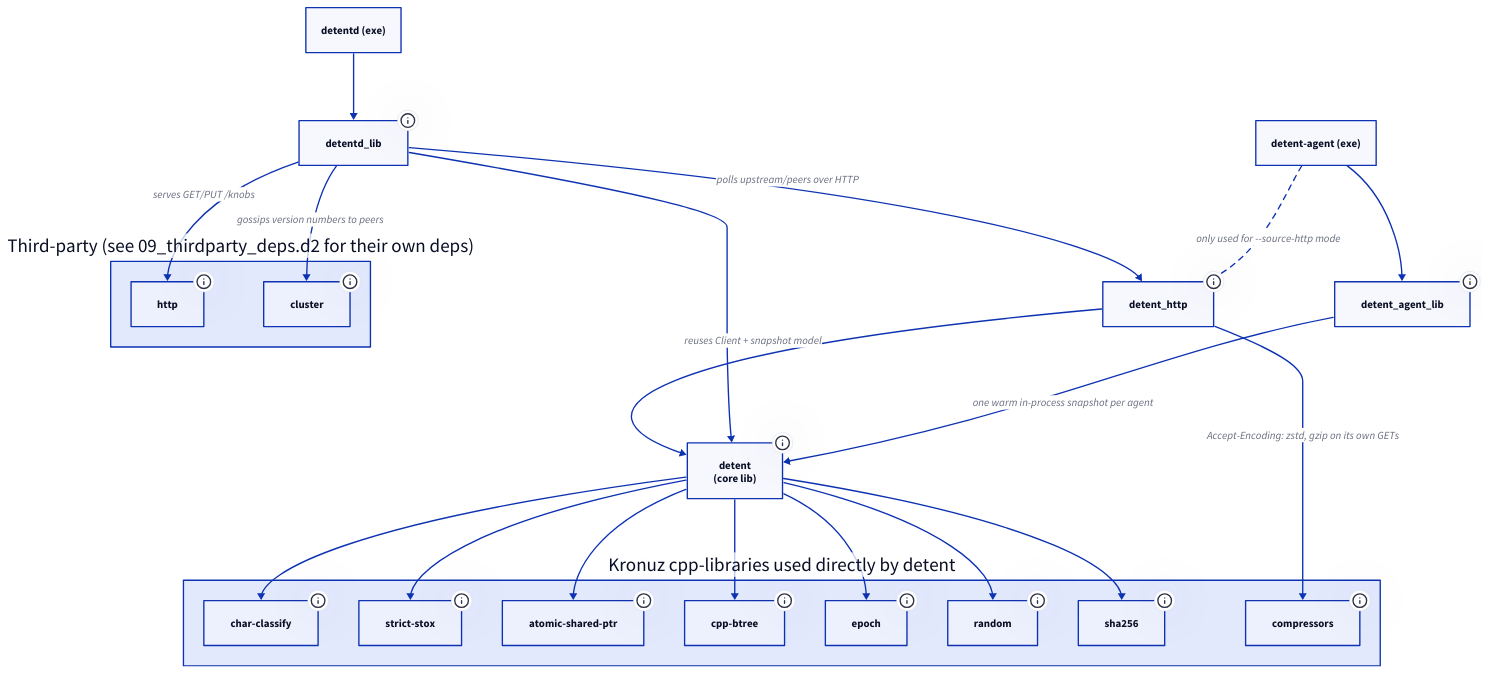
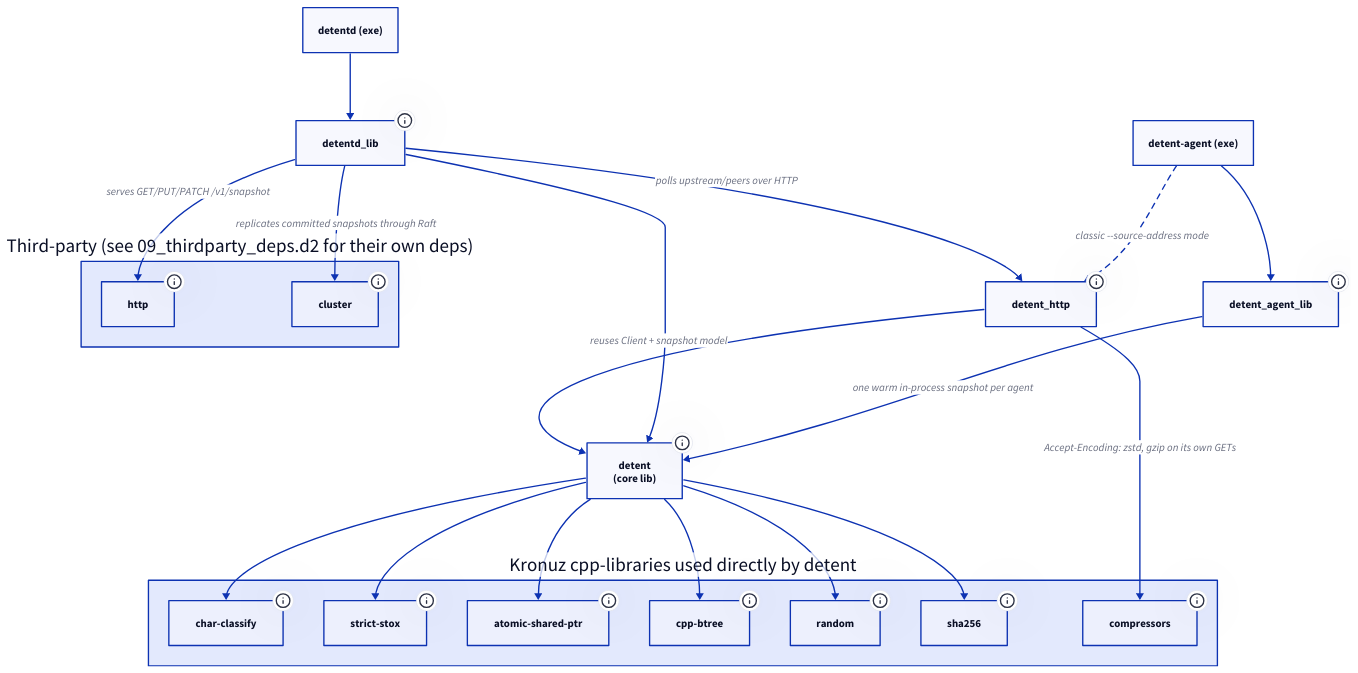
One commit to Kronuz/Detent changed the diagram in diagrams/08_detent_deps.d2. Above: the diagram before and after it, drawn with D2. The commit also changed 7 other files, not shown here.

First line of the commit message:
Correct public documentation and classic architecture diagrams

```diff
--- a/diagrams/08_detent_deps.d2
+++ b/diagrams/08_detent_deps.d2
@@ -1,58 +1,53 @@
-# Detent's own targets and the direct (first-hop) dependencies each one
-# pulls in. Extracted from `cmake --graphviz` (ground truth). Third-party
-# transitive internals (what http/cluster themselves need) are in
-# 09_thirdparty_deps.d2 -- this diagram only answers "what does each
-# Detent component link, and why".
+# Selected classic-profile targets and their direct dependencies.
+# Managed authority and generation targets are documented separately.
 direction: down
 
 detent: "detent\n(core lib)" {
   tooltip: RCU client, JSON schema, hashing, overrides, file source
 }
 detent_http: "detent_http" {
   tooltip: HTTP polling client -- plain POSIX sockets, no reactor
 }
 detentd_lib: "detentd_lib" {
   tooltip: HTTP distributor daemon logic
 }
 detent_agent_lib: "detent_agent_lib" {
-  tooltip: Unix-socket agent server logic
+  tooltip: Shared-memory agent reader and writer logic
 }
 detentd_exe: "detentd (exe)"
 detent_agent_exe: "detent-agent (exe)"
 
 kronuz: Kronuz cpp-libraries used directly by detent {
   char_classify: char-classify {tooltip: "ASCII classification tables used by the JSON tokenizer"}
   strict_stox: strict-stox {tooltip: "Strict numeric string parsing (no silent truncation) for knob values"}
   atomic_shared_ptr: atomic-shared-ptr {tooltip: "Lock-free RCU snapshot swap -- the whole read-path fast path depends on this"}
   cpp_btree: cpp-btree {tooltip: "Ordered map for the knob table, better cache behavior than std::map"}
-  epoch: epoch {tooltip: "Epoch-based reclamation backing the RCU snapshot lifetime"}
-  random: random {tooltip: "Deterministic rollout-hash bucketing PRNG"}
+  random: random {tooltip: "Randomized source retry and backoff jitter"}
   sha256: sha256 {tooltip: "Rollout hashing per the JustKnobs spec (stable bucket assignment)"}
   compressors: compressors {tooltip: "zstd/gzip codecs -- lets detent_http negotiate Accept-Encoding on its own, no HTTP-framework weight"}
 }
 
 thirdparty: Third-party (see 09_thirdparty_deps.d2 for their own deps) {
-  http: "http" {tooltip: "HTTP server framework used by detentd to serve /knobs"}
-  cluster: "cluster" {tooltip: "UDP multicast + peer gossip, used by detentd for replica sync"}
+  http: "http" {tooltip: "HTTP server framework for /v1/snapshot and /v1/health"}
+  cluster: "cluster" {tooltip: "Raft replication over configured UDP peers"}
 }
 
 detent -> kronuz.char_classify
 detent -> kronuz.strict_stox
 detent -> kronuz.atomic_shared_ptr
 detent -> kronuz.cpp_btree
-detent -> kronuz.epoch
 detent -> kronuz.random
 detent -> kronuz.sha256
 
 detent_http -> detent: "reuses Client + snapshot model"
 detent_http -> kronuz.compressors: "Accept-Encoding: zstd, gzip on its own GETs"
 
 detentd_lib -> detent
 detentd_lib -> detent_http: "polls upstream/peers over HTTP"
-detentd_lib -> thirdparty.http: "serves GET/PUT /knobs"
-detentd_lib -> thirdparty.cluster: "gossips version numbers to peers"
+detentd_lib -> thirdparty.http: "serves GET/PUT/PATCH /v1/snapshot"
+detentd_lib -> thirdparty.cluster: "replicates committed snapshots through Raft"
 detentd_exe -> detentd_lib
 
 detent_agent_lib -> detent: "one warm in-process snapshot per agent"
 detent_agent_exe -> detent_agent_lib
-detent_agent_exe -> detent_http: "only used for --source-http mode" {style.stroke-dash: 4}
+detent_agent_exe -> detent_http: "classic --source-address mode" {style.stroke-dash: 4}
```
